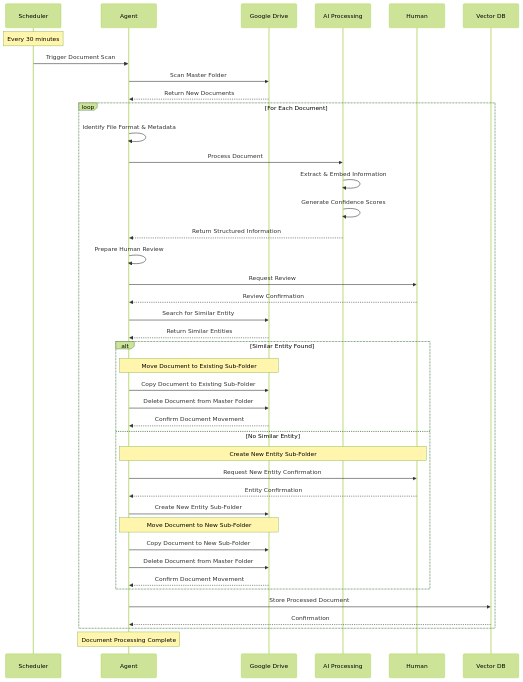
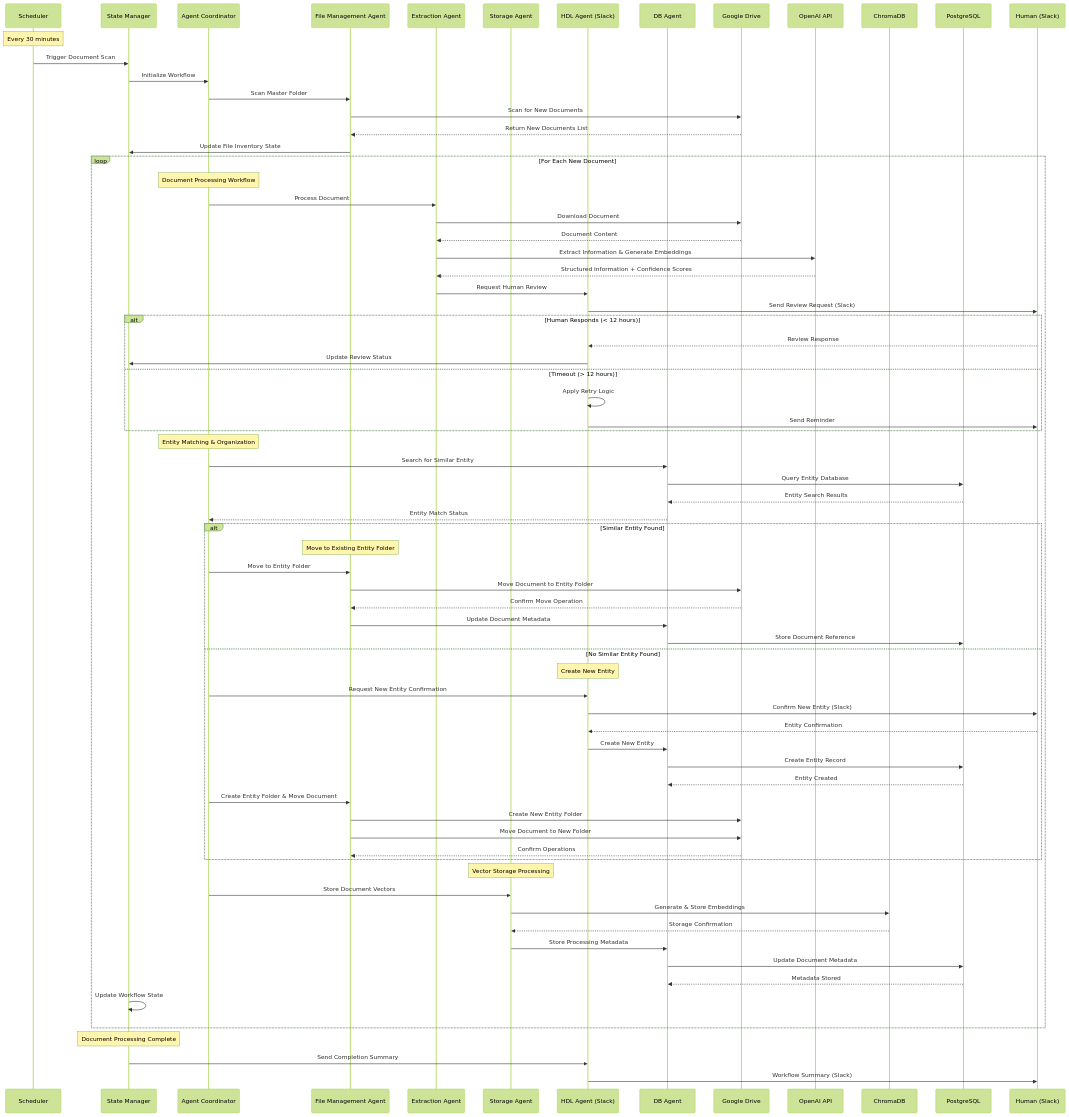
One commit to GSacreditta/gabriel-agent changed the diagram in agent_flow.md. Above: the diagram before and after it, drawn with Mermaid (forest theme). The commit also changed 12 other files, not shown here.

````diff
--- a/agent_flow.md
+++ b/agent_flow.md
@@ -1,52 +1,94 @@
 ```mermaid
 sequenceDiagram
     participant Scheduler
-    participant Agent
+    participant StateManager as State Manager
+    participant Coordinator as Agent Coordinator
+    participant FileAgent as File Management Agent
+    participant ExtractAgent as Extraction Agent
+    participant StorageAgent as Storage Agent
+    participant HDLAgent as HDL Agent (Slack)
+    participant DBAgent as DB Agent
     participant Drive as Google Drive
-    participant AI as AI Processing
-    participant Human
-    participant DB as Vector DB
+    participant AI as OpenAI API
+    participant VectorDB as ChromaDB
+    participant PostgreSQL as PostgreSQL
+    participant Human as Human (Slack)
 
     Note over Scheduler: Every 30 minutes
 
-    Scheduler->>Agent: Trigger Document Scan
-    Agent->>Drive: Scan Master Folder
-    Drive-->>Agent: Return New Documents
-
-    loop For Each Document
-        Agent->>Agent: Identify File Format & Metadata
+    Scheduler->>StateManager: Trigger Document Scan
+    StateManager->>Coordinator: Initialize Workflow
+    Coordinator->>FileAgent: Scan Master Folder
+    
+    FileAgent->>Drive: Scan for New Documents
+    Drive-->>FileAgent: Return New Documents List
+    FileAgent->>StateManager: Update File Inventory State
+    
+    loop For Each New Document
+        Note over Coordinator: Document Processing Workflow
         
-        Agent->>AI: Process Document
-        AI->>AI: Extract & Embed Information
-        AI->>AI: Generate Confidence Scores
-        AI-->>Agent: Return Structured Information
-
-        Agent->>Agent: Prepare Human Review
-        Agent->>Human: Request Review
-        Human-->>Agent: Review Confirmation
-
-        Agent->>Drive: Search for Similar Entity
-        Drive-->>Agent: Return Similar Entities
-
+        Coordinator->>ExtractAgent: Process Document
+        ExtractAgent->>Drive: Download Document
+        Drive-->>ExtractAgent: Document Content
+        
+        ExtractAgent->>AI: Extract Information & Generate Embeddings
+        AI-->>ExtractAgent: Structured Information + Confidence Scores
+        
+        ExtractAgent->>HDLAgent: Request Human Review
+        HDLAgent->>Human: Send Review Request (Slack)
+        
+        alt Human Responds (< 12 hours)
+            Human-->>HDLAgent: Review Response
+            HDLAgent->>StateManager: Update Review Status
+        else Timeout (> 12 hours)
+            HDLAgent->>HDLAgent: Apply Retry Logic
+            HDLAgent->>Human: Send Reminder
+        end
+        
+        Note over Coordinator: Entity Matching & Organization
+        
+        Coordinator->>DBAgent: Search for Similar Entity
+        DBAgent->>PostgreSQL: Query Entity Database
+        PostgreSQL-->>DBAgent: Entity Search Results
+        DBAgent-->>Coordinator: Entity Match Status
+        
         alt Similar Entity Found
-            Note over Agent,Drive: Move Document to Existing Sub-Folder
-            Agent->>Drive: Copy Document to Existing Sub-Folder
-            Agent->>Drive: Delete Document from Master Folder
-            Drive-->>Agent: Confirm Document Movement
-        else No Similar Entity
-            Note over Agent,Human: Create New Entity Sub-Folder
-            Agent->>Human: Request New Entity Confirmation
-            Human-->>Agent: Entity Confirmation
-            Agent->>Drive: Create New Entity Sub-Folder
-            Note over Agent,Drive: Move Document to New Sub-Folder
-            Agent->>Drive: Copy Document to New Sub-Folder
-            Agent->>Drive: Delete Document from Master Folder
-            Drive-->>Agent: Confirm Document Movement
+            Note over FileAgent: Move to Existing Entity Folder
+            Coordinator->>FileAgent: Move to Entity Folder
+            FileAgent->>Drive: Move Document to Entity Folder
+            Drive-->>FileAgent: Confirm Move Operation
+            FileAgent->>DBAgent: Update Document Metadata
+            DBAgent->>PostgreSQL: Store Document Reference
+        else No Similar Entity Found
+            Note over HDLAgent: Create New Entity
+            Coordinator->>HDLAgent: Request New Entity Confirmation
+            HDLAgent->>Human: Confirm New Entity (Slack)
+            Human-->>HDLAgent: Entity Confirmation
+            
+            HDLAgent->>DBAgent: Create New Entity
+            DBAgent->>PostgreSQL: Create Entity Record
+            PostgreSQL-->>DBAgent: Entity Created
+            
+            Coordinator->>FileAgent: Create Entity Folder & Move Document
+            FileAgent->>Drive: Create New Entity Folder
+            FileAgent->>Drive: Move Document to New Folder
+            Drive-->>FileAgent: Confirm Operations
         end
-
-        Agent->>DB: Store Processed Document
-        DB-->>Agent: Confirmation
+        
+        Note over StorageAgent: Vector Storage Processing
+        
+        Coordinator->>StorageAgent: Store Document Vectors
+        StorageAgent->>VectorDB: Generate & Store Embeddings
+        VectorDB-->>StorageAgent: Storage Confirmation
+        
+        StorageAgent->>DBAgent: Store Processing Metadata
+        DBAgent->>PostgreSQL: Update Document Metadata
+        PostgreSQL-->>DBAgent: Metadata Stored
+        
+        StateManager->>StateManager: Update Workflow State
     end
-
-    Note over Agent: Document Processing Complete
+    
+    Note over StateManager: Document Processing Complete
+    StateManager->>HDLAgent: Send Completion Summary
+    HDLAgent->>Human: Workflow Summary (Slack)
 ``` 
````
